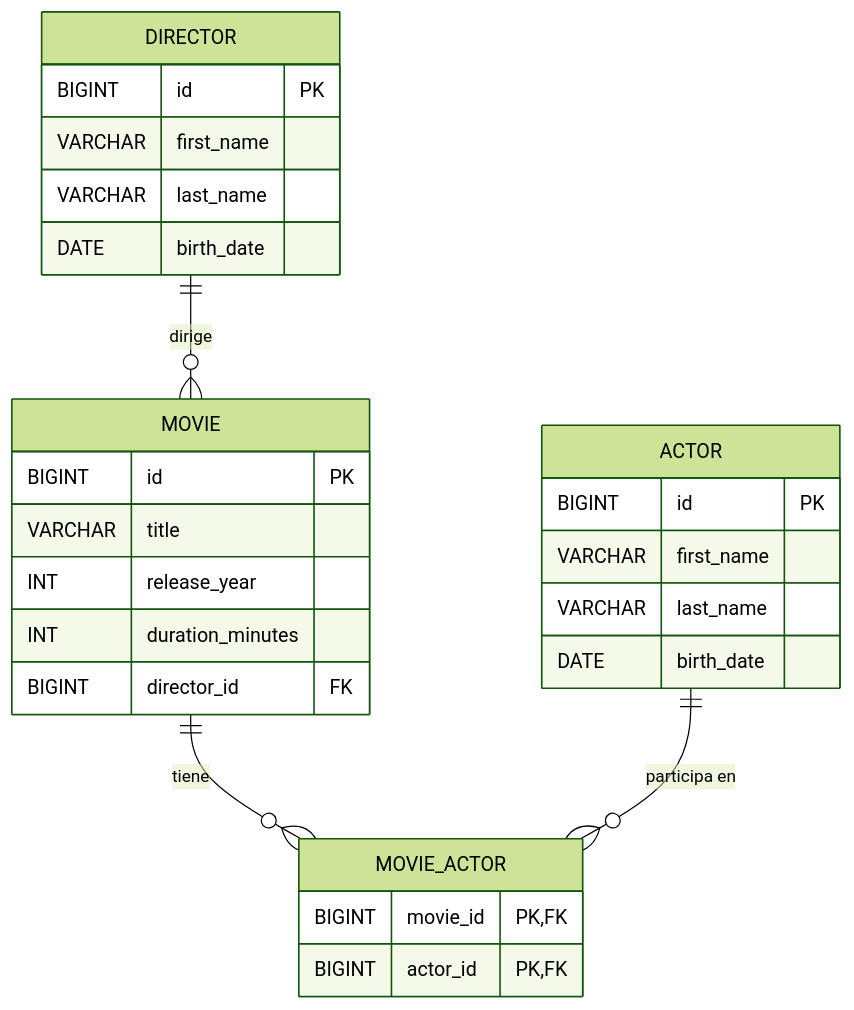
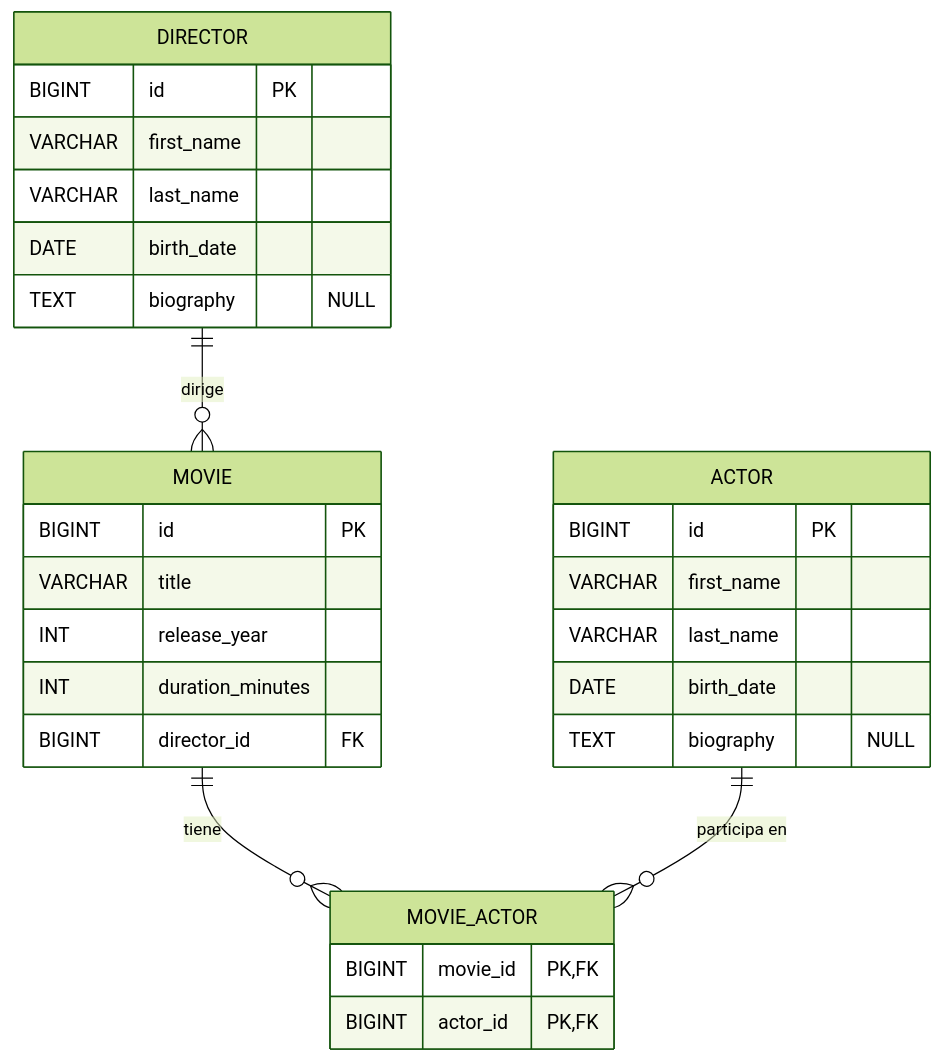
Before and after one commit to fernandomguez/daw-movies: the diagram in docs/guia-estudio/temario/03-diseno-esquema-relacional.md, drawn with Mermaid (forest theme). The commit also changed other lines of this file and 22 other files, not shown here.

Commit message:
feat(fase-08): create schema with Flyway migrations

````diff
--- a/docs/guia-estudio/temario/03-diseno-esquema-relacional.md
+++ b/docs/guia-estudio/temario/03-diseno-esquema-relacional.md
@@ -212,30 +213,32 @@
 ```mermaid
 erDiagram
     DIRECTOR ||--o{ MOVIE : "dirige"
     MOVIE ||--o{ MOVIE_ACTOR : "tiene"
     ACTOR ||--o{ MOVIE_ACTOR : "participa en"
 
     DIRECTOR {
         BIGINT id PK
         VARCHAR first_name
         VARCHAR last_name
         DATE birth_date
+        TEXT biography "NULL"
     }
     MOVIE {
         BIGINT id PK
         VARCHAR title
         INT release_year
         INT duration_minutes
         BIGINT director_id FK
     }
     ACTOR {
         BIGINT id PK
         VARCHAR first_name
         VARCHAR last_name
         DATE birth_date
+        TEXT biography "NULL"
     }
     MOVIE_ACTOR {
         BIGINT movie_id PK, FK
         BIGINT actor_id PK, FK
     }
 ```
````
